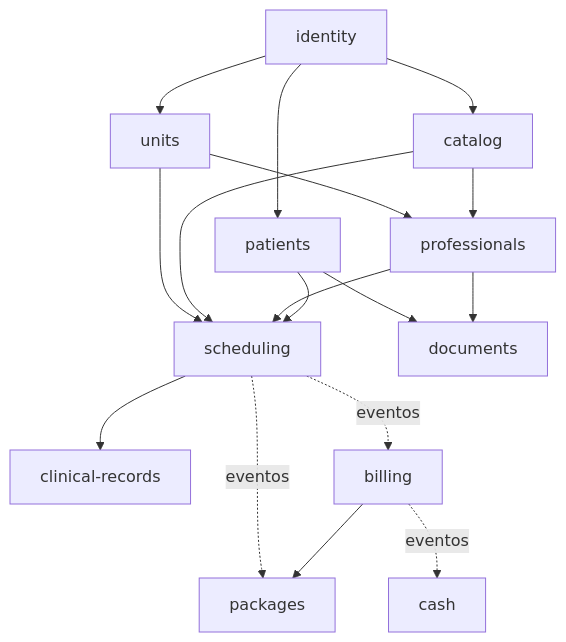
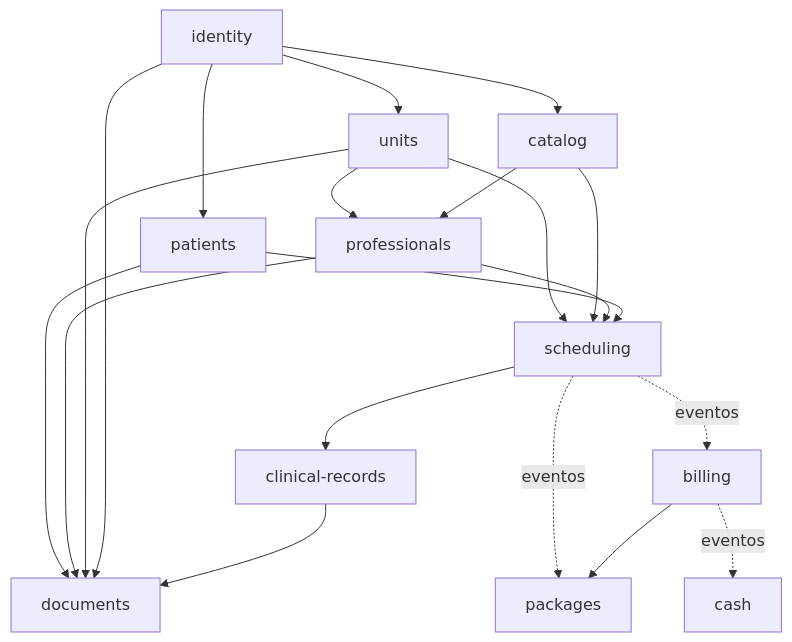
One commit to dennysvf/GCli changed the second of 2 diagrams in docs/architecture.pt-BR.md. Above: the diagram before and after it, drawn with Mermaid. The commit also changed other lines of this file and 121 other files, not shown here.

````diff
--- a/docs/architecture.pt-BR.md
+++ b/docs/architecture.pt-BR.md
@@ -74,19 +74,22 @@
 ```mermaid
 graph TD
   identity --> units
   identity --> catalog
   identity --> patients
   units --> professionals
   catalog --> professionals
   units --> scheduling
   catalog --> scheduling
   professionals --> scheduling
   patients --> scheduling
   scheduling --> clinical-records
   scheduling -. eventos .-> billing
   scheduling -. eventos .-> packages
   billing --> packages
   billing -. eventos .-> cash
   patients --> documents
   professionals --> documents
+  units --> documents
+  identity --> documents
+  clinical-records --> documents
 ```
````
